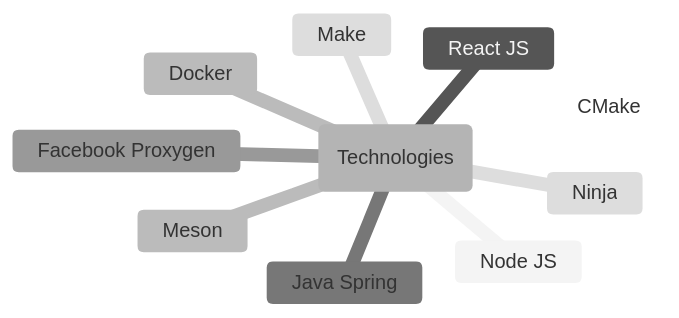
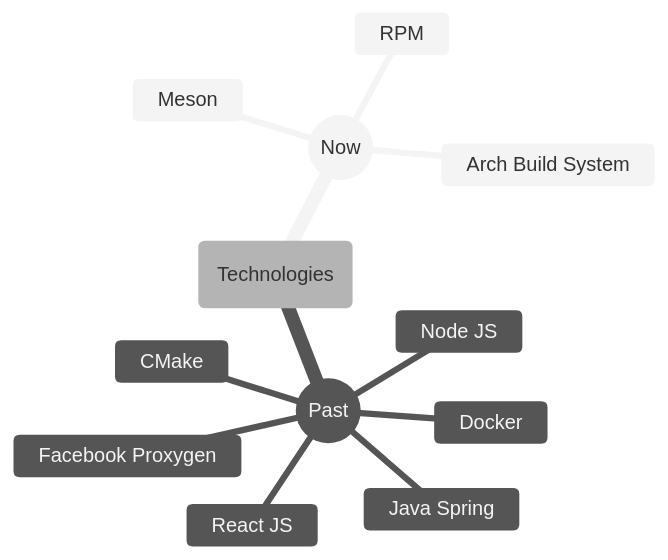
The fifth of 6 diagrams in README.md (frefolli/frefolli), drawn with Mermaid (neutral theme) before and after one commit. The commit also changed other lines of this file and 1 other file, not shown here.

````diff
--- a/README.md
+++ b/README.md
@@ -54,13 +101,15 @@
 ```mermaid
 mindmap
   root(Technologies)
-    Node JS
-    React JS
-    Docker
-    Java Spring
-    Facebook Proxygen
-    Make
-    CMake
-    Ninja
-    Meson
+    ((Now))
+      Meson
+      RPM
+      Arch Build System
+    ((Past))
+      Node JS
+      React JS
+      Docker
+      Java Spring
+      Facebook Proxygen
+      CMake
 ```
````
